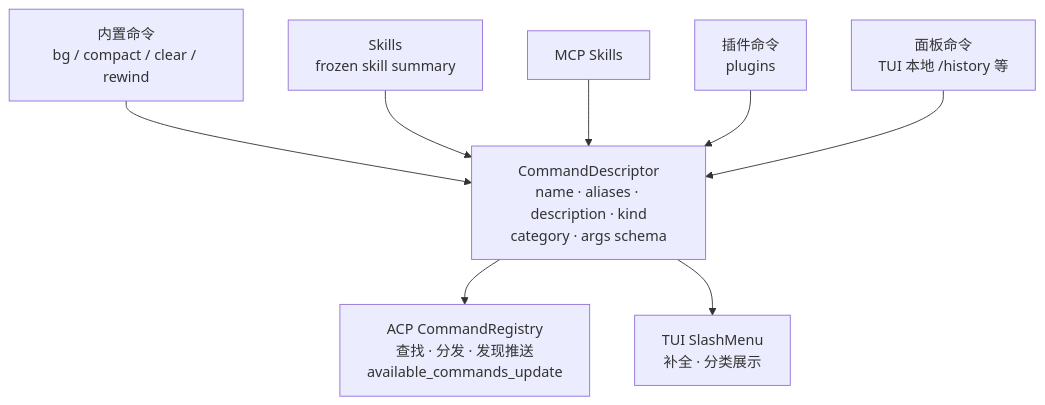
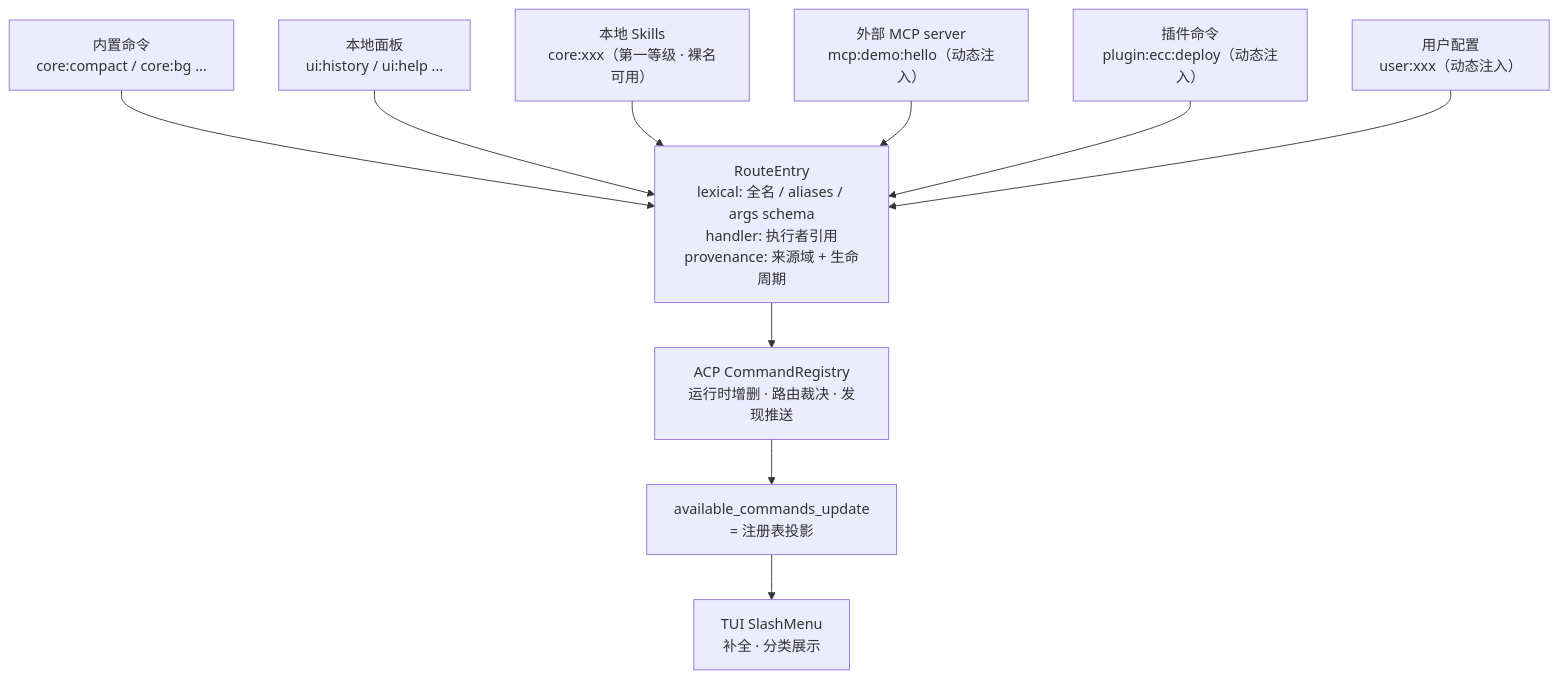
Before and after one commit to KonghaYao/peri: the third of 3 diagrams in docs/design/command-system.md, drawn with Mermaid. The commit also changed other lines of this file and 113 other files, not shown here.

````diff
--- a/docs/design/command-system.md
+++ b/docs/design/command-system.md
@@ -43,17 +120,20 @@
 ```mermaid
 graph TB
-    SRC1["内置命令<br/>bg / compact / clear / rewind"]
-    SRC2["Skills<br/>frozen skill summary"]
-    SRC3["MCP Skills"]
-    SRC4["插件命令<br/>plugins"]
-    SRC5["面板命令<br/>TUI 本地 /history 等"]
+    SRC1["内置命令<br/>core:compact / core:bg ..."]
+    SRC2["本地面板<br/>ui:history / ui:help ..."]
+    SRC3["本地 Skills<br/>core:xxx（第一等级 · 裸名可用）"]
+    SRC4["外部 MCP server<br/>mcp:demo:hello（动态注入）"]
+    SRC5["插件命令<br/>plugin:ecc:deploy（动态注入）"]
+    SRC6["用户配置<br/>user:xxx（动态注入）"]
 
-    SRC1 --> DESC["CommandDescriptor<br/>name · aliases · description · kind<br/>category · args schema"]
+    SRC1 --> DESC["RouteEntry<br/>lexical: 全名 / aliases / args schema<br/>handler: 执行者引用<br/>provenance: 来源域 + 生命周期"]
     SRC2 --> DESC
     SRC3 --> DESC
     SRC4 --> DESC
     SRC5 --> DESC
+    SRC6 --> DESC
 
-    DESC --> REG2["ACP CommandRegistry<br/>查找 · 分发 · 发现推送<br/>available_commands_update"]
-    DESC --> MENU["TUI SlashMenu<br/>补全 · 分类展示"]
+    DESC --> REG2["ACP CommandRegistry<br/>运行时增删 · 路由裁决 · 发现推送"]
+    REG2 --> PROJ["available_commands_update<br/>= 注册表投影"]
+    PROJ --> MENU["TUI SlashMenu<br/>补全 · 分类展示"]
 ```
````
